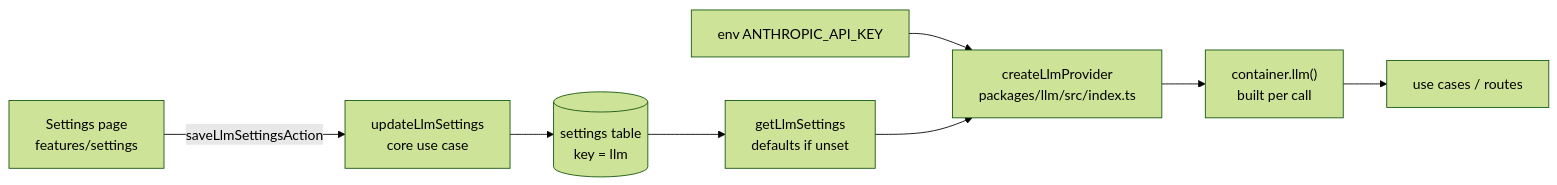
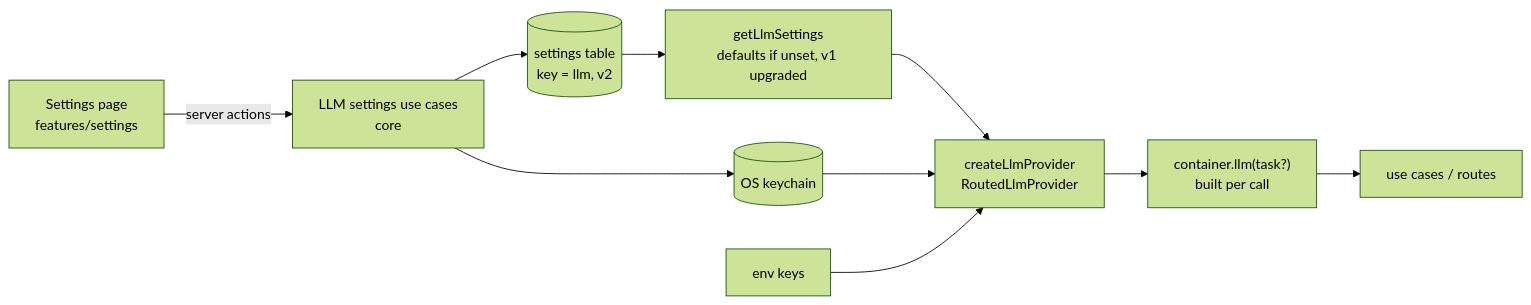
Before and after one commit to huannguyen2114/thoth: the second of 2 diagrams in docs/technical_design/02-llm-providers.md, drawn with Mermaid (forest theme). The commit also changed other lines of this file and 38 other files, not shown here.

First line of the commit message:
feat(llm): OpenAI-compatible providers, per-task routing and keychain keys

````diff
--- a/docs/technical_design/02-llm-providers.md
+++ b/docs/technical_design/02-llm-providers.md
@@ -68,10 +72,12 @@
 ```mermaid
 flowchart LR
-  UI[Settings page<br/>features/settings] -->|saveLlmSettingsAction| UC[updateLlmSettings<br/>core use case]
-  UC --> R[(settings table<br/>key = llm)]
-  R --> G[getLlmSettings<br/>defaults if unset]
-  E[env ANTHROPIC_API_KEY] --> F
-  G --> F[createLlmProvider<br/>packages/llm/src/index.ts]
-  F --> C["container.llm()<br/>built per call"]
+  UI[Settings page<br/>features/settings] -->|server actions| UC[LLM settings use cases<br/>core]
+  UC --> R[(settings table<br/>key = llm, v2)]
+  UC --> K[(OS keychain)]
+  R --> G[getLlmSettings<br/>defaults if unset, v1 upgraded]
+  G --> F[createLlmProvider<br/>RoutedLlmProvider]
+  K --> F
+  E[env keys] --> F
+  F --> C["container.llm(task?)<br/>built per call"]
   C --> X[use cases / routes]
 ```
````
